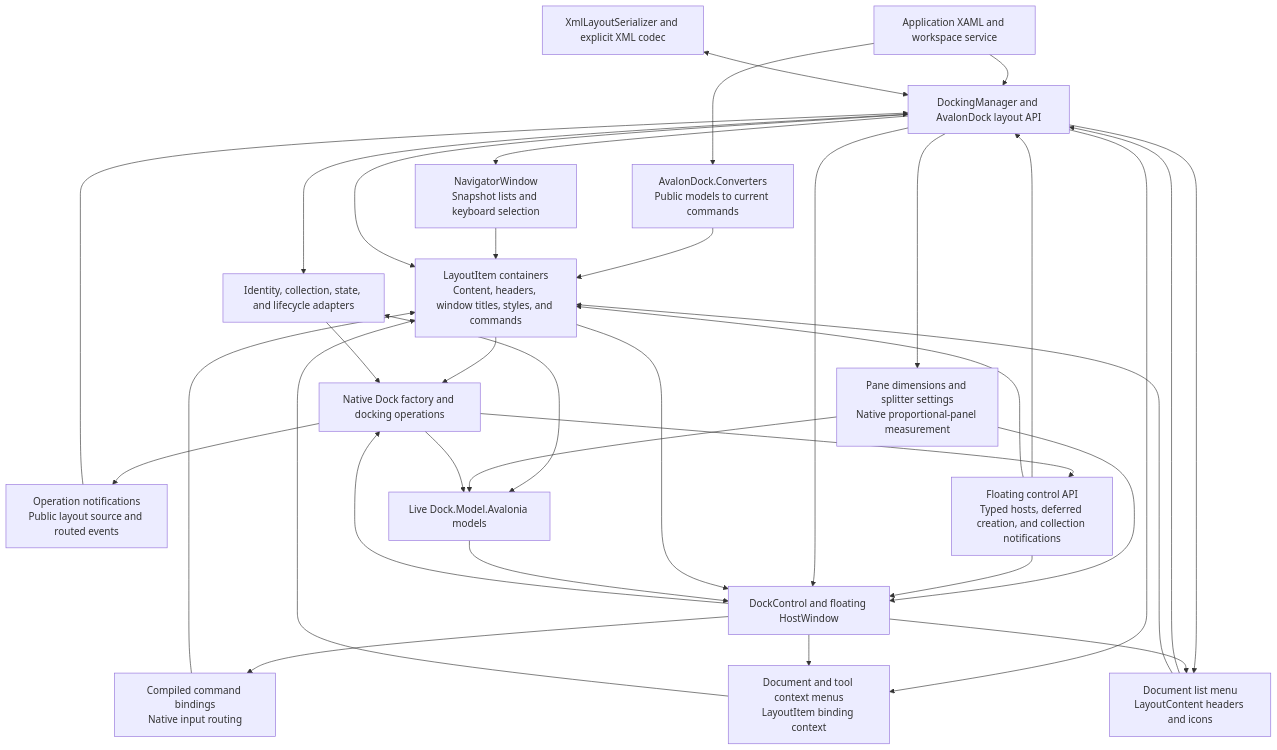
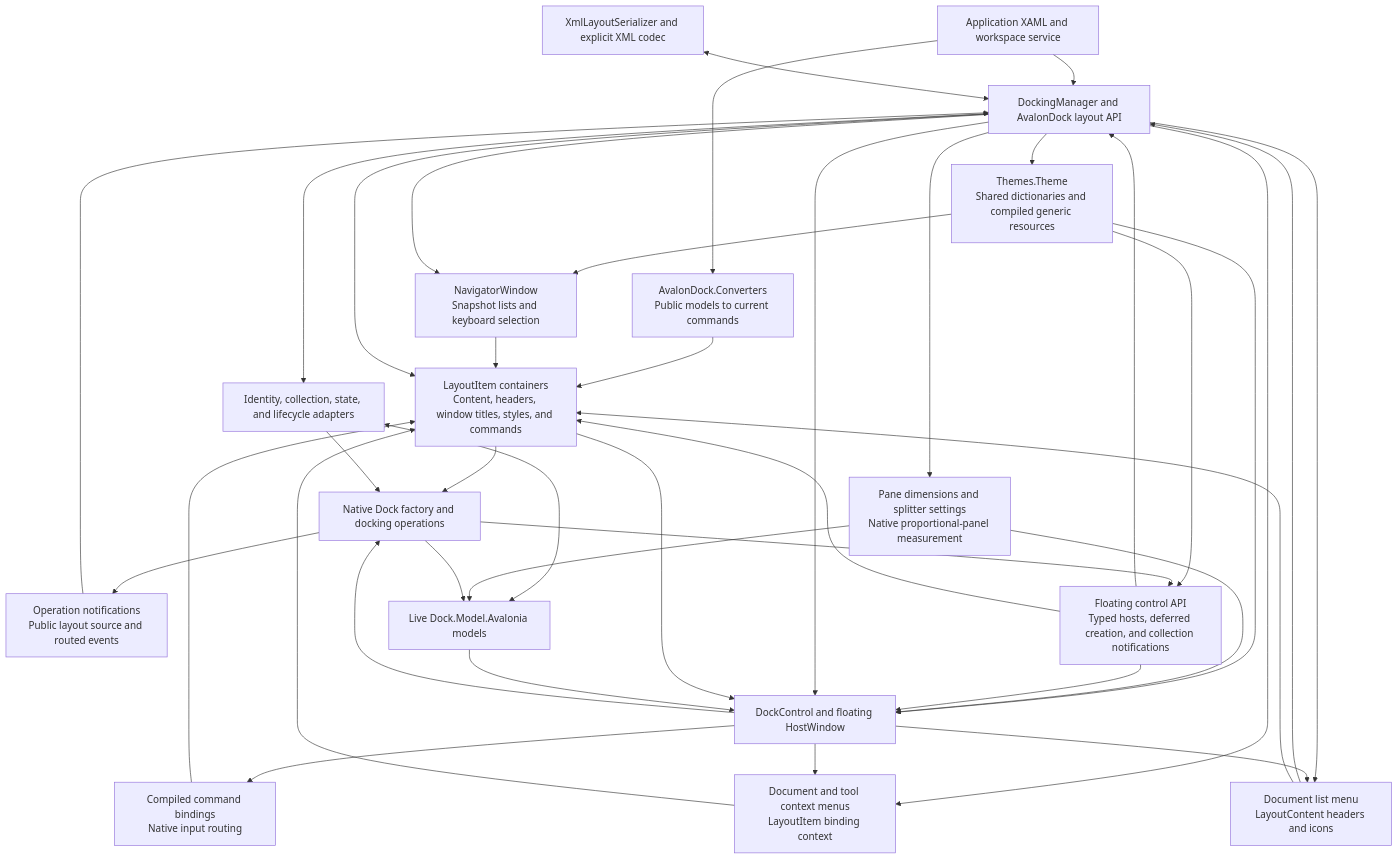
The diagram in src/Dock.Avalonia.AvalonDock/AVALONDOCK.md (wieslawsoltes/Dock), drawn with Mermaid before and after one commit. The commit also changed other lines of this file and 6 other files, not shown here.

````diff
--- a/src/Dock.Avalonia.AvalonDock/AVALONDOCK.md
+++ b/src/Dock.Avalonia.AvalonDock/AVALONDOCK.md
@@ -411,53 +423,58 @@
 ```mermaid
 flowchart TB
     App["Application XAML and workspace service"]
     Api["DockingManager and AvalonDock layout API"]
     Items["LayoutItem containers<br/>Content, headers, window titles, styles, and commands"]
     Commands["Compiled command bindings<br/>Native input routing"]
     Converters["AvalonDock.Converters<br/>Public models to current commands"]
     Navigator["NavigatorWindow<br/>Snapshot lists and keyboard selection"]
+    ResourceThemes["Themes.Theme<br/>Shared dictionaries and compiled generic resources"]
     Menus["Document and tool context menus<br/>LayoutItem binding context"]
     DocumentList["Document list menu<br/>LayoutContent headers and icons"]
     Bridge["Identity, collection, state, and lifecycle adapters"]
     Events["Operation notifications<br/>Public layout source and routed events"]
     Hosts["Floating control API<br/>Typed hosts, deferred creation, and collection notifications"]
     Sizing["Pane dimensions and splitter settings<br/>Native proportional-panel measurement"]
     Models["Live Dock.Model.Avalonia models"]
     Factory["Native Dock factory and docking operations"]
     View["DockControl and floating HostWindow"]
     Xml["XmlLayoutSerializer and explicit XML codec"]
     App --> Api
     App --> Converters
     Converters --> Items
+    Api --> ResourceThemes
+    ResourceThemes --> Navigator
+    ResourceThemes --> Hosts
+    ResourceThemes --> View
     Api --> Navigator
     Navigator --> Items
     Api --> Items
     Items --> Factory
     Api <--> Bridge
     Bridge <--> Models
     Api --> Sizing
     Sizing --> Models
     Sizing --> View
     Bridge --> Factory
     Factory --> Models
     Factory --> Events
     Events --> Api
     Factory --> Hosts
     Hosts --> View
     Hosts --> Api
     Hosts --> Items
     Api --> View
     Items --> View
     View --> Commands
     Commands --> Items
     Api --> Menus
     View --> Menus
     Menus --> Items
     Api --> DocumentList
     View --> DocumentList
     DocumentList --> Api
     DocumentList --> Items
     Models --> View
     View --> Factory
     Xml <--> Api
 ```
````
